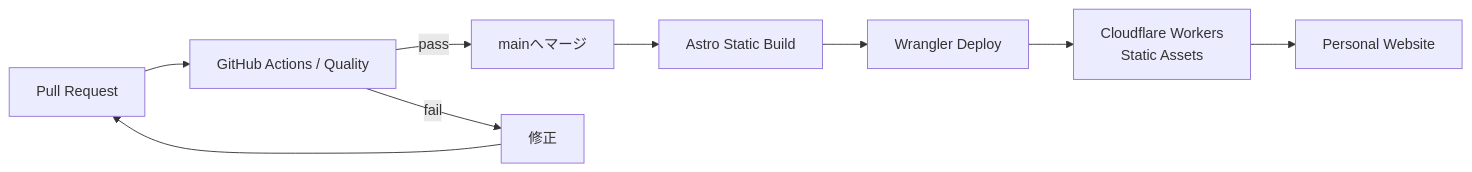
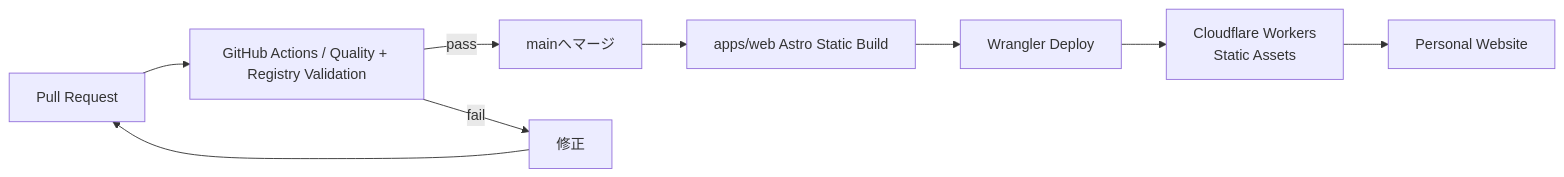
Before and after one commit to UtakataKyosui/astro-portfolio-with-blog: the sixth of 7 diagrams in docs/TECH_STACK.md, drawn with Mermaid. The commit also changed other lines of this file and 1 other file, not shown here.

````diff
--- a/docs/TECH_STACK.md
+++ b/docs/TECH_STACK.md
@@ -135,10 +322,10 @@
 ```mermaid
 flowchart LR
-    PR[Pull Request] --> CI[GitHub Actions / Quality]
+    PR[Pull Request] --> CI[GitHub Actions / Quality + Registry Validation]
     CI -->|pass| Merge[mainへマージ]
-    Merge --> Build[Astro Static Build]
+    Merge --> Build[apps/web Astro Static Build]
     Build --> Deploy[Wrangler Deploy]
     Deploy --> Worker[Cloudflare Workers\nStatic Assets]
     Worker --> Site[Personal Website]
     CI -->|fail| Fix[修正] --> PR
 ```
````
